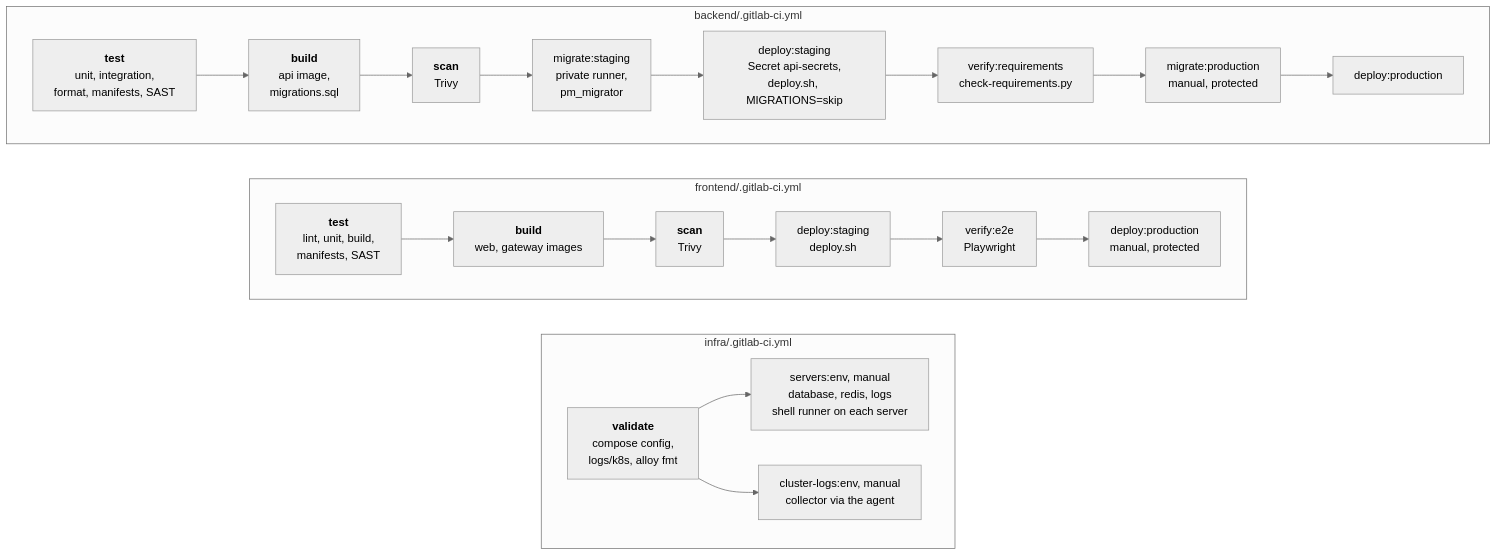
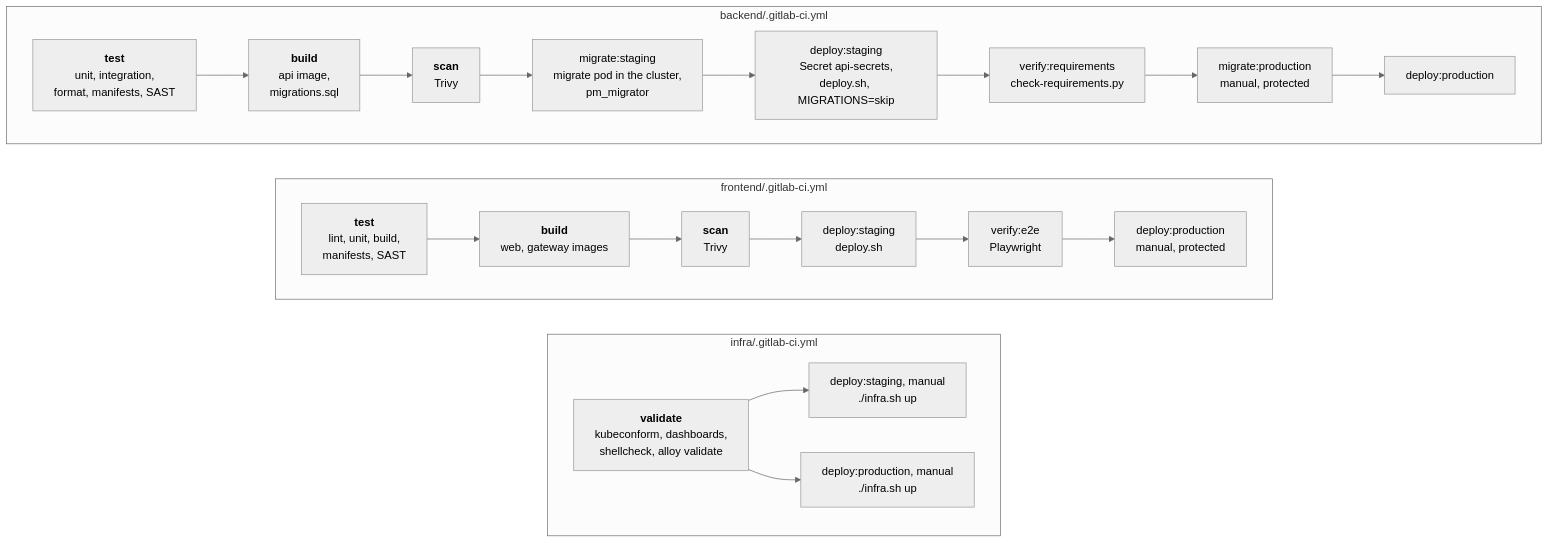
One commit to RubenCipriano/zeiss-product-management changed diagram 14 of 18 in docs/flows.md. Above: the diagram before and after it, drawn with Mermaid (neutral theme). The commit also changed other lines of this file and 80 other files, not shown here.

````diff
--- a/docs/flows.md
+++ b/docs/flows.md
@@ -691,30 +700,30 @@
 ```mermaid
 flowchart TB
     subgraph be["backend/.gitlab-ci.yml"]
         direction LR
         bt["<b>test</b><br/>unit, integration,<br/>format, manifests, SAST"] --> bb["<b>build</b><br/>api image,<br/>migrations.sql"]
         bb --> bs["<b>scan</b><br/>Trivy"]
-        bs --> bms["migrate:staging<br/>private runner,<br/>pm_migrator"]
+        bs --> bms["migrate:staging<br/>migrate pod in the cluster,<br/>pm_migrator"]
         bms --> bds["deploy:staging<br/>Secret api-secrets,<br/>deploy.sh, MIGRATIONS=skip"]
         bds --> bv["verify:requirements<br/>check-requirements.py"]
         bv --> bmp["migrate:production<br/>manual, protected"]
         bmp --> bdp["deploy:production"]
     end
 
     subgraph fe["frontend/.gitlab-ci.yml"]
         direction LR
         ft["<b>test</b><br/>lint, unit, build,<br/>manifests, SAST"] --> fb["<b>build</b><br/>web, gateway images"]
         fb --> fs["<b>scan</b><br/>Trivy"]
         fs --> fds["deploy:staging<br/>deploy.sh"]
         fds --> fv["verify:e2e<br/>Playwright"]
         fv --> fdp["deploy:production<br/>manual, protected"]
     end
 
     subgraph inf["infra/.gitlab-ci.yml"]
         direction LR
-        iv["<b>validate</b><br/>compose config,<br/>logs/k8s, alloy fmt"] --> isrv["servers:env, manual<br/>database, redis, logs<br/>shell runner on each server"]
-        iv --> icl["cluster-logs:env, manual<br/>collector via the agent"]
+        iv["<b>validate</b><br/>kubeconform, dashboards,<br/>shellcheck, alloy validate"] --> ids["deploy:staging, manual<br/>./infra.sh up"]
+        iv --> idp["deploy:production, manual<br/>./infra.sh up"]
     end
 
     be ~~~ fe ~~~ inf
 ```
````
